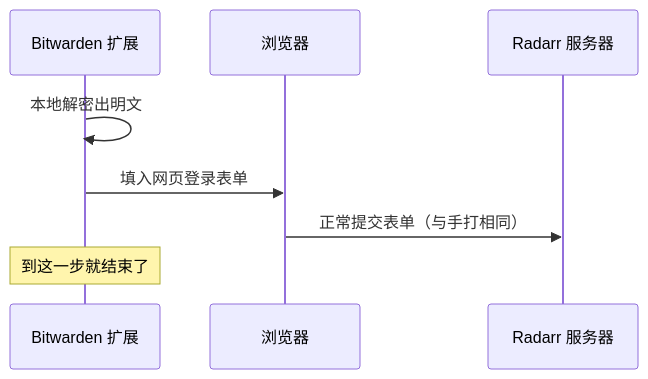
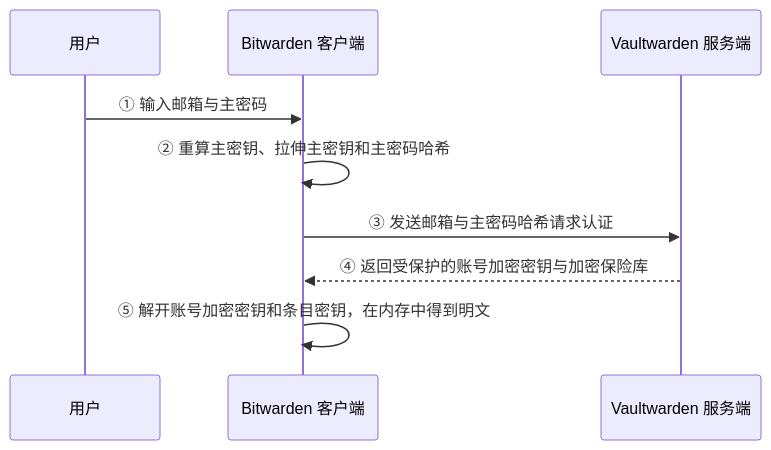
The fifth of 7 diagrams in _life/2026-07-20-raspberry-pi-homelab-mediacenter-and-entry.md (puppylpg/puppylpg.github.io), drawn with Mermaid before and after one commit. The commit also changed other lines of this file and 5 other files, not shown here.

````diff
--- a/_life/2026-07-20-raspberry-pi-homelab-mediacenter-and-entry.md
+++ b/_life/2026-07-20-raspberry-pi-homelab-mediacenter-and-entry.md
@@ -227,11 +304,12 @@
 ```mermaid
 sequenceDiagram
-    participant BW as Bitwarden 扩展
-    participant B as 浏览器
-    participant R as Radarr 服务器
+    participant U as 用户
+    participant C as Bitwarden 客户端
+    participant S as Vaultwarden 服务端
 
-    BW->>BW: 本地解密出明文
-    BW->>B: 填入网页登录表单
-    B->>R: 正常提交表单（与手打相同）
-    Note over BW: 到这一步就结束了
+    U->>C: ① 输入邮箱与主密码
+    C->>C: ② 重算主密钥、拉伸主密钥和主密码哈希
+    C->>S: ③ 发送邮箱与主密码哈希请求认证
+    S-->>C: ④ 返回受保护的账号加密密钥与加密保险库
+    C->>C: ⑤ 解开账号加密密钥和条目密钥，在内存中得到明文
 ```
````
